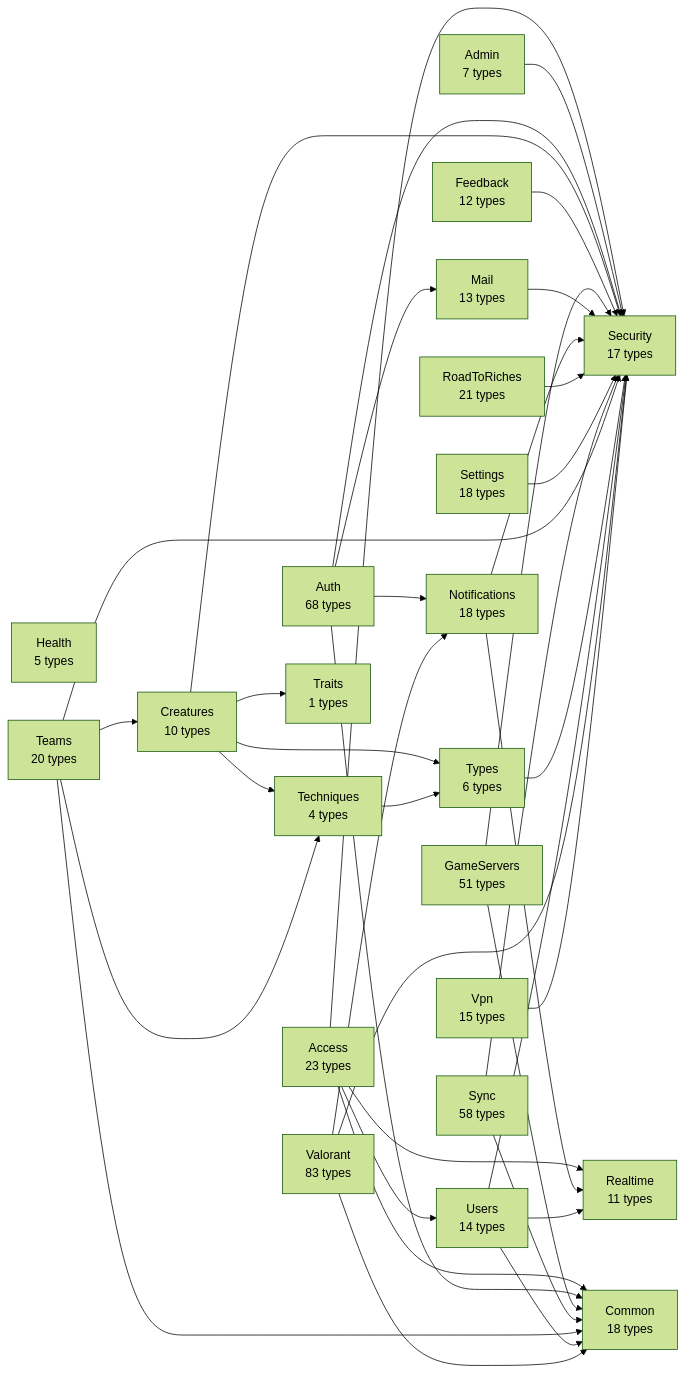
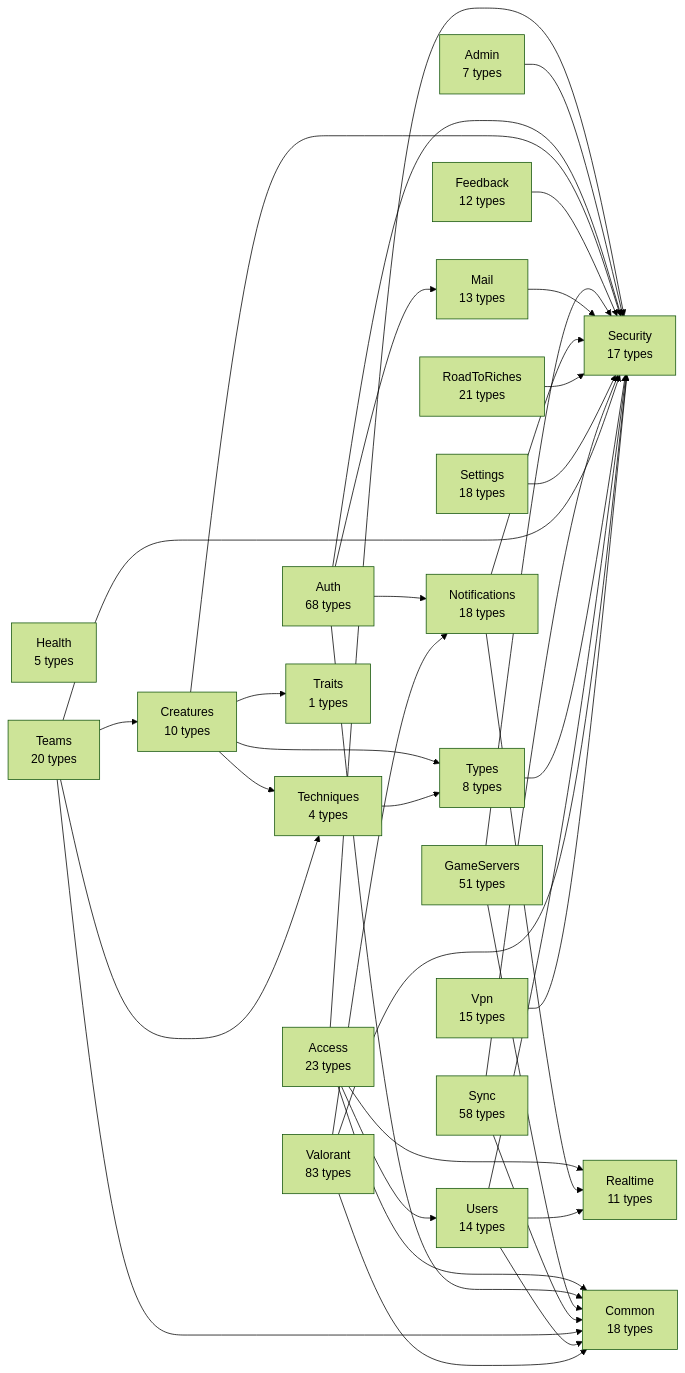
Before and after one commit to huiitre/Tools-app: the diagram in api/docs/diagrams/00-modules.md, drawn with Mermaid (forest theme). The commit also changed 20 other files, not shown here.

````diff
--- a/api/docs/diagrams/00-modules.md
+++ b/api/docs/diagrams/00-modules.md
@@ -5,61 +5,61 @@
 ```mermaid
 flowchart LR
   Access["Access<br/>23 types"]
   Admin["Admin<br/>7 types"]
   Auth["Auth<br/>68 types"]
   Common["Common<br/>18 types"]
   Creatures["Creatures<br/>10 types"]
   Feedback["Feedback<br/>12 types"]
   GameServers["GameServers<br/>51 types"]
   Health["Health<br/>5 types"]
   Mail["Mail<br/>13 types"]
   Notifications["Notifications<br/>18 types"]
   Realtime["Realtime<br/>11 types"]
   RoadToRiches["RoadToRiches<br/>21 types"]
   Security["Security<br/>17 types"]
   Settings["Settings<br/>18 types"]
   Sync["Sync<br/>58 types"]
   Teams["Teams<br/>20 types"]
   Techniques["Techniques<br/>4 types"]
   Traits["Traits<br/>1 types"]
-  Types["Types<br/>6 types"]
+  Types["Types<br/>8 types"]
   Users["Users<br/>14 types"]
   Valorant["Valorant<br/>83 types"]
   Vpn["Vpn<br/>15 types"]
   Access --> Common
   Access --> Realtime
   Access --> Security
   Access --> Users
   Admin --> Security
   Auth --> Common
   Auth --> Mail
   Auth --> Notifications
   Auth --> Security
   Creatures --> Security
   Creatures --> Techniques
   Creatures --> Traits
   Creatures --> Types
   Feedback --> Security
   GameServers --> Common
   GameServers --> Security
   Mail --> Security
   Notifications --> Realtime
   Notifications --> Security
   RoadToRiches --> Security
   Settings --> Security
   Sync --> Common
   Sync --> Security
   Teams --> Common
   Teams --> Creatures
   Teams --> Security
   Teams --> Techniques
   Techniques --> Types
   Types --> Security
   Users --> Common
   Users --> Realtime
   Users --> Security
   Valorant --> Common
   Valorant --> Notifications
   Valorant --> Security
   Vpn --> Security
 ```
````
